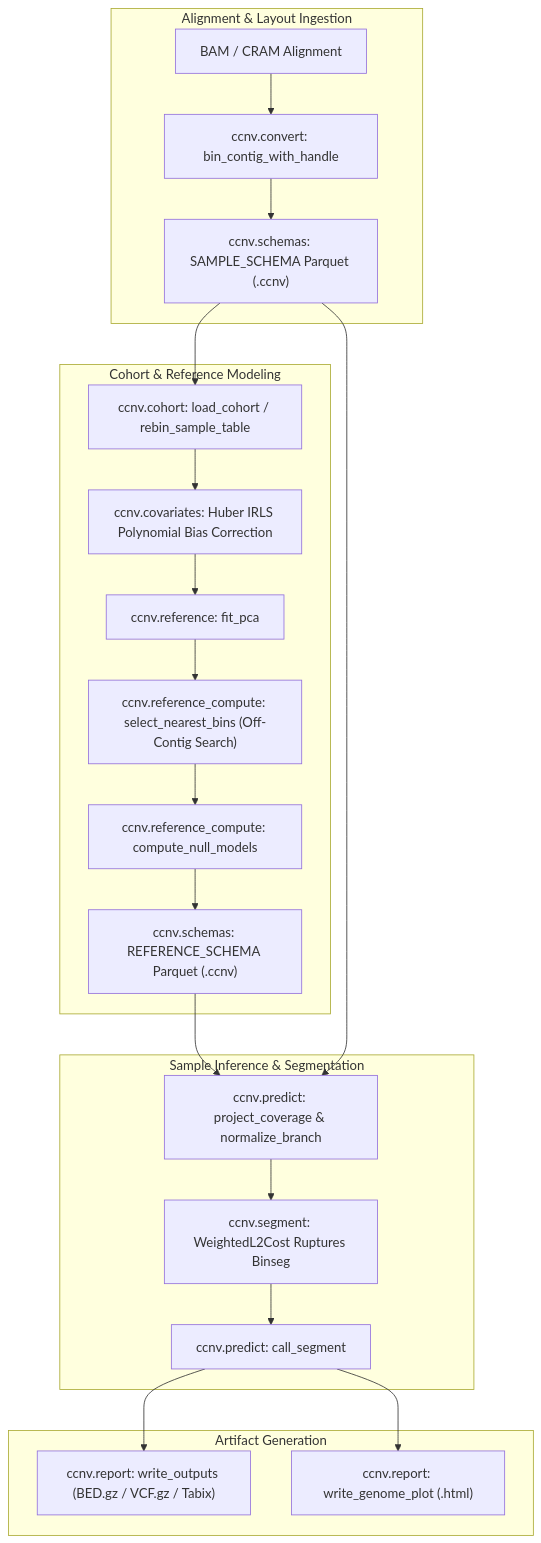
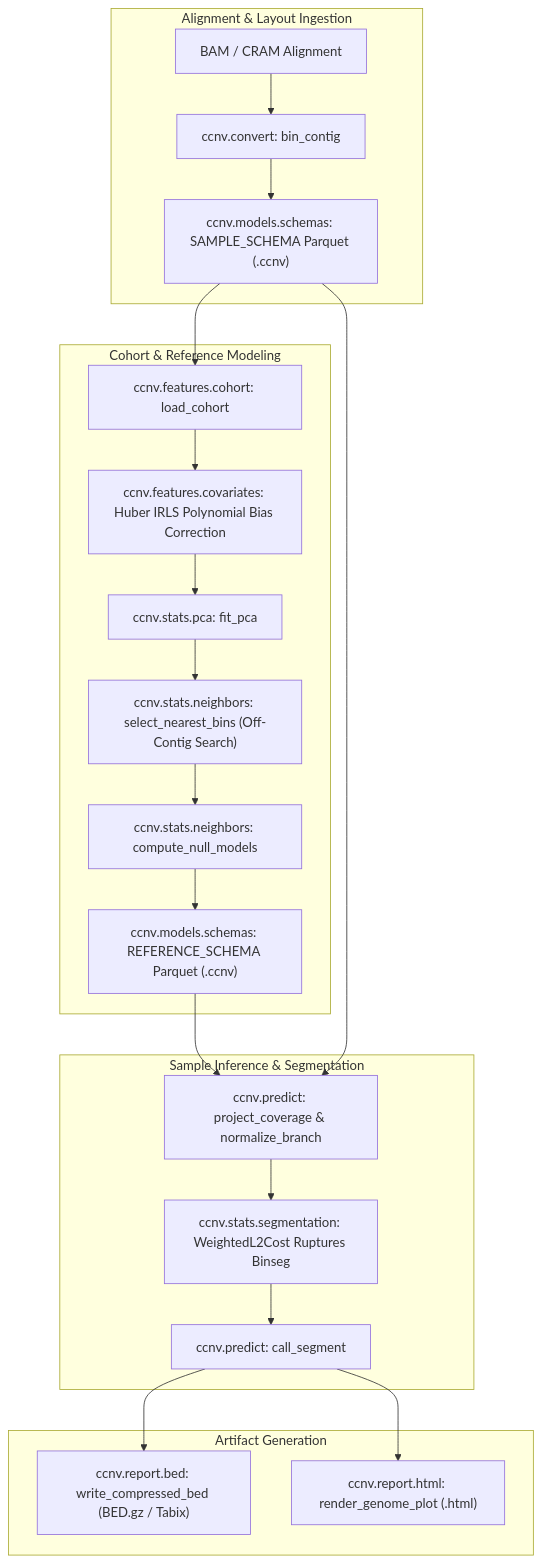
The diagram in src/ccnv/README.md (matthdsm/ccnv), drawn with Mermaid before and after one commit. The commit also changed other lines of this file and 42 other files, not shown here.

````diff
--- a/src/ccnv/README.md
+++ b/src/ccnv/README.md
@@ -7,25 +7,25 @@
 ```mermaid
 flowchart TD
     subgraph Ingestion["Alignment & Layout Ingestion"]
-        A["BAM / CRAM Alignment"] --> B["ccnv.convert: bin_contig_with_handle"]
-        B --> C["ccnv.schemas: SAMPLE_SCHEMA Parquet (.ccnv)"]
+        A["BAM / CRAM Alignment"] --> B["ccnv.convert: bin_contig"]
+        B --> C["ccnv.models.schemas: SAMPLE_SCHEMA Parquet (.ccnv)"]
     end
     subgraph ReferenceModeling["Cohort & Reference Modeling"]
-        C --> D["ccnv.cohort: load_cohort / rebin_sample_table"]
-        D --> E["ccnv.covariates: Huber IRLS Polynomial Bias Correction"]
-        E --> F["ccnv.reference: fit_pca"]
-        F --> G["ccnv.reference_compute: select_nearest_bins (Off-Contig Search)"]
-        G --> H["ccnv.reference_compute: compute_null_models"]
-        H --> I["ccnv.schemas: REFERENCE_SCHEMA Parquet (.ccnv)"]
+        C --> D["ccnv.features.cohort: load_cohort"]
+        D --> E["ccnv.features.covariates: Huber IRLS Polynomial Bias Correction"]
+        E --> F["ccnv.stats.pca: fit_pca"]
+        F --> G["ccnv.stats.neighbors: select_nearest_bins (Off-Contig Search)"]
+        G --> H["ccnv.stats.neighbors: compute_null_models"]
+        H --> I["ccnv.models.schemas: REFERENCE_SCHEMA Parquet (.ccnv)"]
     end
     subgraph Inference["Sample Inference & Segmentation"]
         I --> J["ccnv.predict: project_coverage & normalize_branch"]
         C --> J
-        J --> K["ccnv.segment: WeightedL2Cost Ruptures Binseg"]
+        J --> K["ccnv.stats.segmentation: WeightedL2Cost Ruptures Binseg"]
         K --> L["ccnv.predict: call_segment"]
     end
     subgraph Reporting["Artifact Generation"]
-        L --> M["ccnv.report: write_outputs (BED.gz / VCF.gz / Tabix)"]
-        L --> N["ccnv.report: write_genome_plot (.html)"]
+        L --> M["ccnv.report.bed: write_compressed_bed (BED.gz / Tabix)"]
+        L --> N["ccnv.report.html: render_genome_plot (.html)"]
     end
 ```
````
